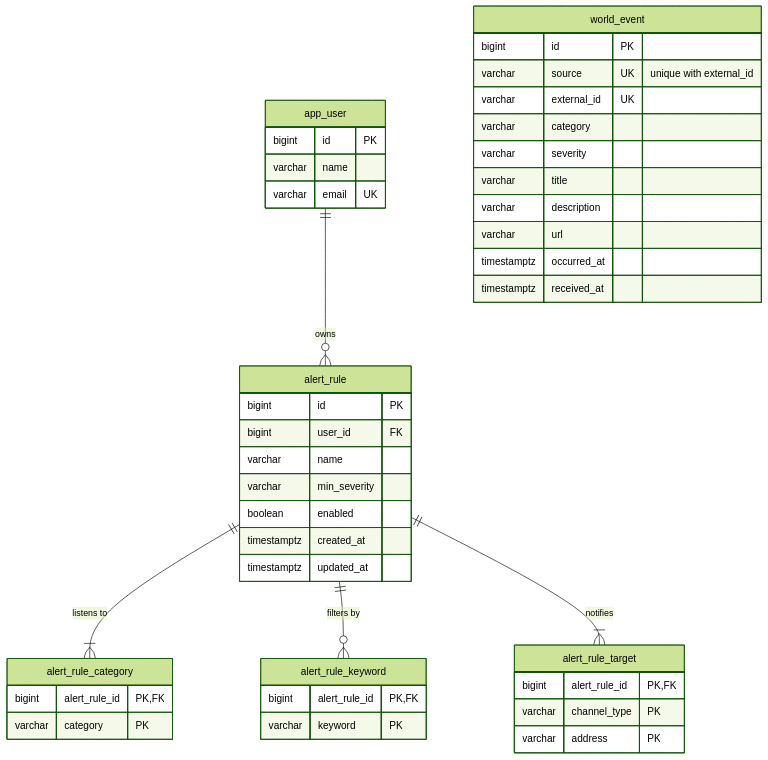
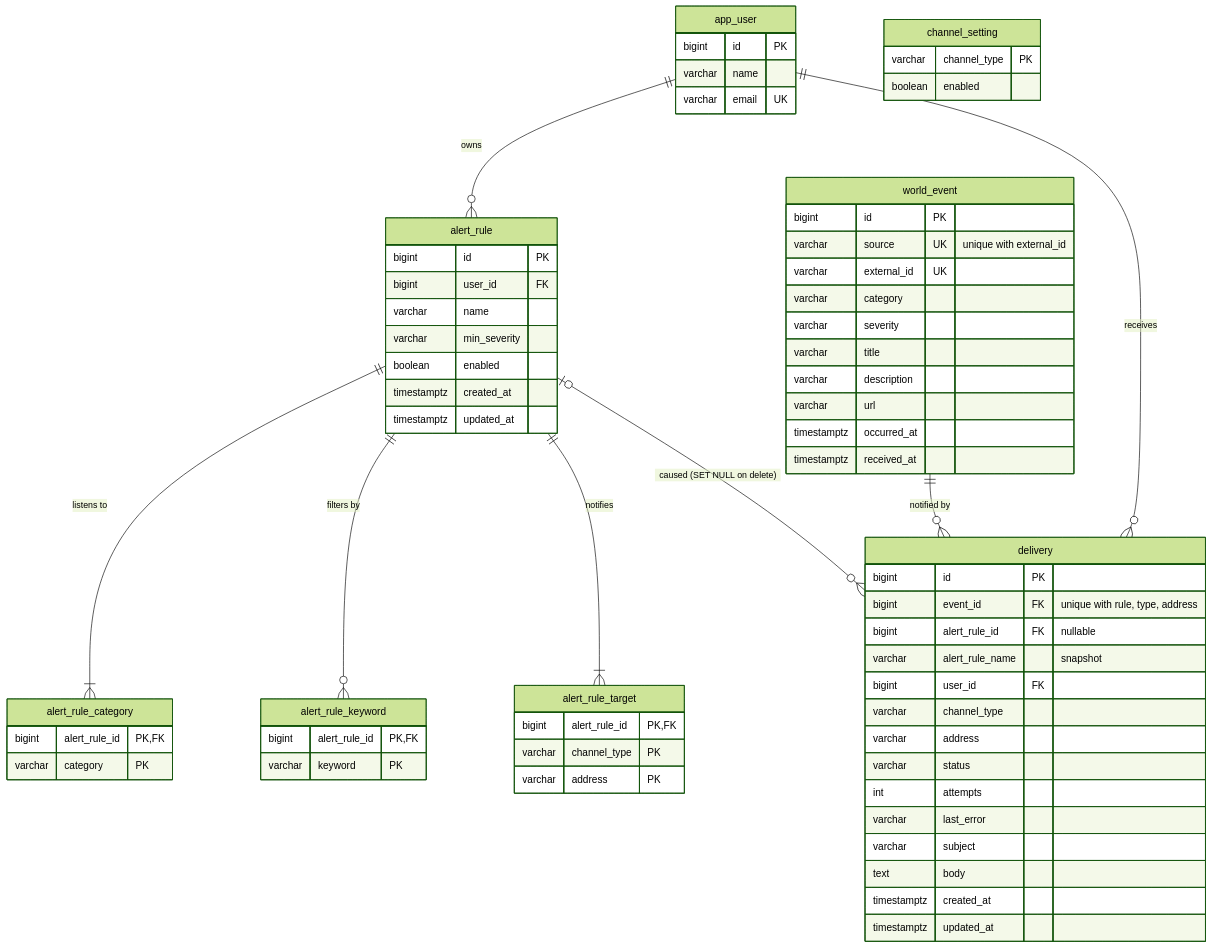
One commit to Kisligi/world-event-alerts changed the third of 3 diagrams in docs/architecture.md. Above: the diagram before and after it, drawn with Mermaid (forest theme). The commit also changed other lines of this file and 41 other files, not shown here.

````diff
--- a/docs/architecture.md
+++ b/docs/architecture.md
@@ -110,46 +173,69 @@
 ```mermaid
 erDiagram
     app_user ||--o{ alert_rule : owns
     alert_rule ||--|{ alert_rule_category : "listens to"
     alert_rule ||--o{ alert_rule_keyword : "filters by"
     alert_rule ||--|{ alert_rule_target : notifies
     app_user {
         bigint id PK
         varchar name
         varchar email UK
     }
     alert_rule {
         bigint id PK
         bigint user_id FK
         varchar name
         varchar min_severity
         boolean enabled
         timestamptz created_at
         timestamptz updated_at
     }
     alert_rule_category {
         bigint alert_rule_id PK, FK
         varchar category PK
     }
     alert_rule_keyword {
         bigint alert_rule_id PK, FK
         varchar keyword PK
     }
     alert_rule_target {
         bigint alert_rule_id PK, FK
         varchar channel_type PK
         varchar address PK
     }
     world_event {
         bigint id PK
         varchar source UK "unique with external_id"
         varchar external_id UK
         varchar category
         varchar severity
         varchar title
         varchar description
         varchar url
         timestamptz occurred_at
         timestamptz received_at
     }
+    world_event ||--o{ delivery : "notified by"
+    alert_rule |o--o{ delivery : "caused (SET NULL on delete)"
+    app_user ||--o{ delivery : receives
+    delivery {
+        bigint id PK
+        bigint event_id FK "unique with rule, type, address"
+        bigint alert_rule_id FK "nullable"
+        varchar alert_rule_name "snapshot"
+        bigint user_id FK
+        varchar channel_type
+        varchar address
+        varchar status
+        int attempts
+        varchar last_error
+        varchar subject
+        text body
+        timestamptz created_at
+        timestamptz updated_at
+    }
+    channel_setting {
+        varchar channel_type PK
+        boolean enabled
+    }
 ```
````
